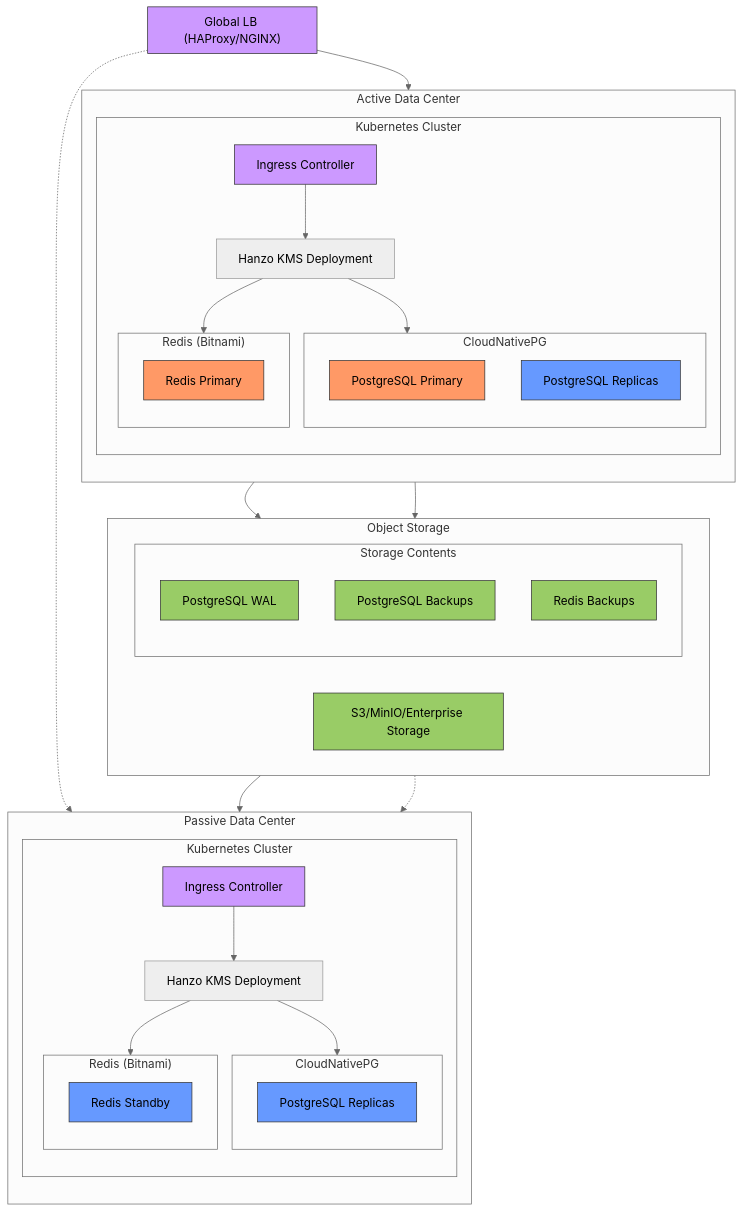
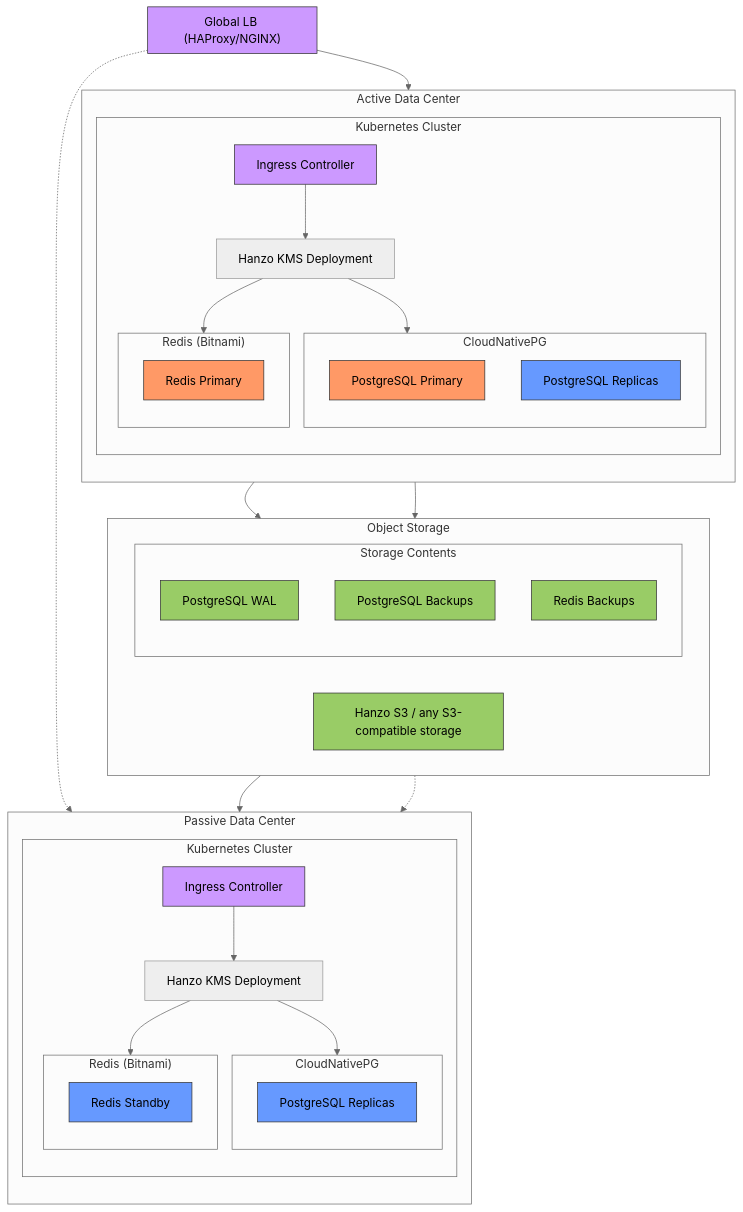
The diagram in apps/docs/content/docs/services/kms/self-hosting/reference-architectures/on-prem-k8s-ha.mdx (hanzo-docs/docs), drawn with Mermaid (neutral theme) before and after one commit. The commit also changed other lines of this file and 18 other files, not shown here.

````diff
--- a/apps/docs/content/docs/services/kms/self-hosting/reference-architectures/on-prem-k8s-ha.mdx
+++ b/apps/docs/content/docs/services/kms/self-hosting/reference-architectures/on-prem-k8s-ha.mdx
@@ -11,79 +11,79 @@
 ```mermaid
 flowchart TB
     subgraph GLB["Global LB (HAProxy/NGINX)"]
     end
 
     subgraph OS["Object Storage"]
         direction LR
-        store["S3/MinIO/Enterprise Storage"]
+        store["Hanzo S3 / any S3-compatible storage"]
         subgraph store_contents["Storage Contents"]
             wal["PostgreSQL WAL"]
             pgbackup["PostgreSQL Backups"]
             redisbackup["Redis Backups"]
         end
     end
 
     subgraph DC1["Active Data Center"]
         direction TB
         subgraph k8s1["Kubernetes Cluster"]
             ing1["Ingress Controller"]
             app1["Hanzo KMS Deployment"]
             
             subgraph db1["CloudNativePG"]
                 pg1p["PostgreSQL Primary"]
                 pg1r["PostgreSQL Replicas"]
             end
             
             subgraph red1["Redis (Bitnami)"]
                 rp1["Redis Primary"]
             end
         end
     end
 
     subgraph DC2["Passive Data Center"]
         direction TB
         subgraph k8s2["Kubernetes Cluster"]
             ing2["Ingress Controller"]
             app2["Hanzo KMS Deployment"]
             
             subgraph db2["CloudNativePG"]
                 pg2["PostgreSQL Replicas"]
             end
             
             subgraph red2["Redis (Bitnami)"]
                 r2["Redis Standby"]
             end
         end
     end
 
     %% Connections
     GLB --> ing1
     GLB -.-> ing2
     
     %% Database connections
     pg1p --> store
     store --> pg2
     
     %% Redis backup flow
     rp1 --> store
     store -.-> r2
     
     %% Intra-DC connections
     ing1 --> app1
     app1 --> db1
     app1 --> red1
     
     ing2 --> app2
     app2 --> db2
     app2 --> red2
 
     classDef primary fill:#f96,stroke:#333
     classDef replica fill:#69f,stroke:#333
     classDef storage fill:#9c6,stroke:#333
     classDef lb fill:#c9f,stroke:#333
     
     class pg1p,rp1 primary
     class pg1r,pg2,r2 replica
     class store,wal,pgbackup,redisbackup storage
     class GLB,ing1,ing2 lb
 ```
````
